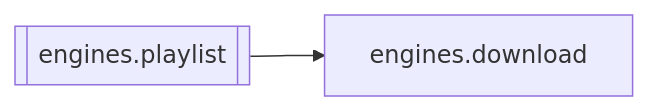
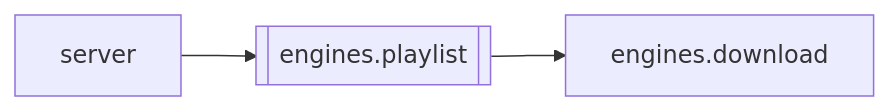
Before and after one commit to kjza178/PinelineV5: the diagram in docs/brain/modules/engines.playlist.md, drawn with Mermaid. The commit also changed other lines of this file and 227 other files, not shown here.

````diff
--- a/docs/brain/modules/engines.playlist.md
+++ b/docs/brain/modules/engines.playlist.md
@@ -17,5 +17,6 @@
 ```mermaid
 flowchart LR
   engines_playlist[[engines.playlist]]
+  server[server] --> engines_playlist
   engines_playlist --> engines_download[engines.download]
 ```
````
